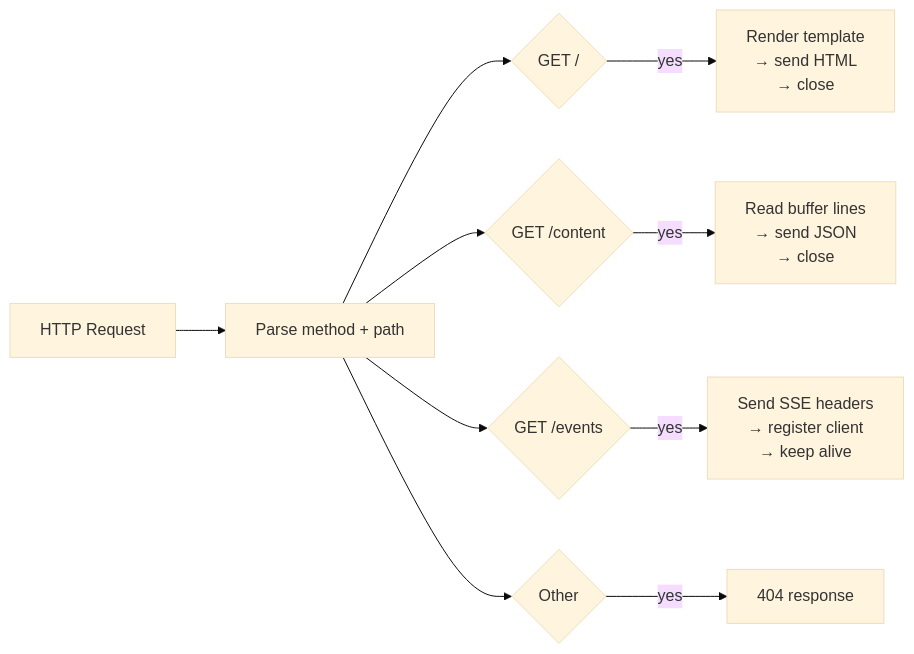
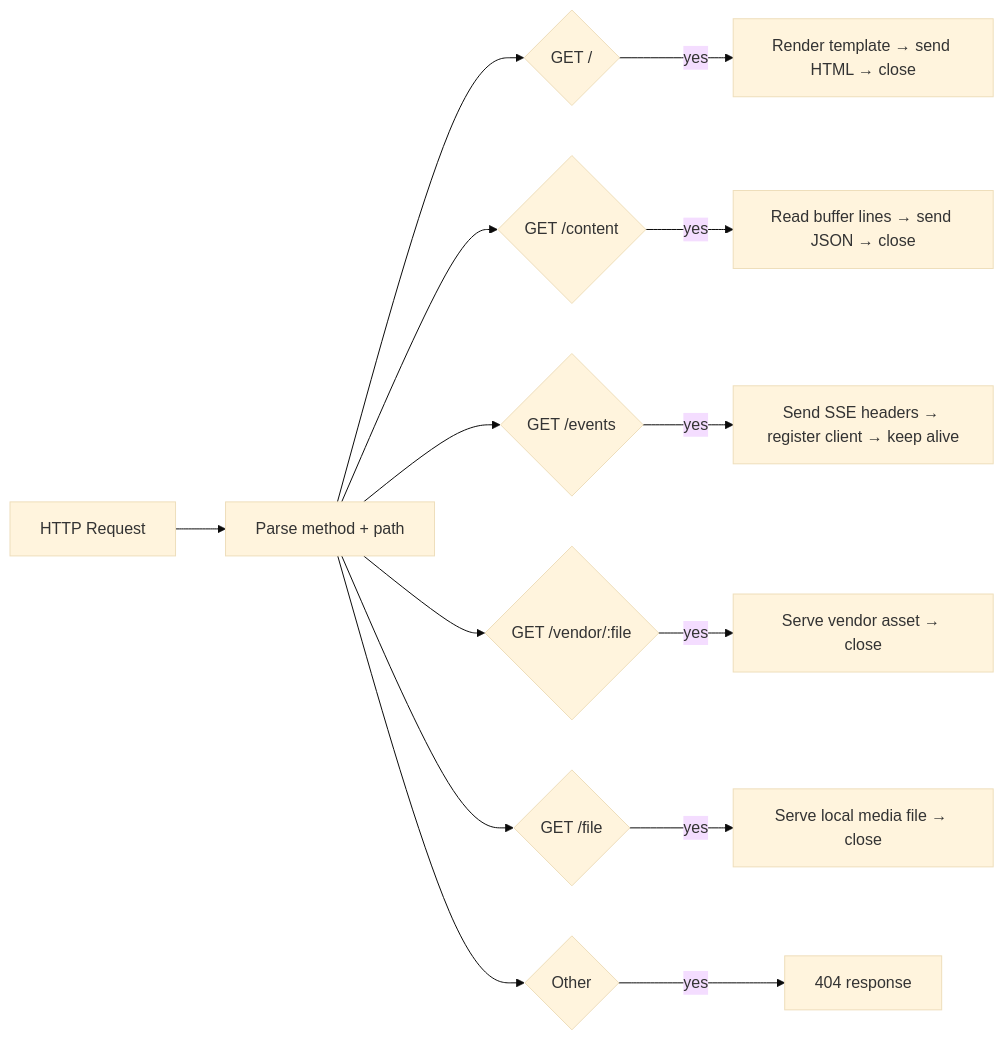
The ninth of 11 diagrams in docs/ARCHITECTURE.md (kcayme/md-view.nvim), drawn with Mermaid (base theme) before and after one commit. The commit also changed other lines of this file and 1 other file, not shown here.

Commit message:
docs: update documentation for architecture and modules

````diff
--- a/docs/ARCHITECTURE.md
+++ b/docs/ARCHITECTURE.md
@@ -201,13 +289,17 @@
 ```mermaid
 flowchart LR
     req["HTTP Request"] --> parse["Parse method + path"]
     parse --> get_root{"GET /"}
     parse --> get_content{"GET /content"}
     parse --> get_events{"GET /events"}
+    parse --> get_vendor{"GET /vendor/:file"}
+    parse --> get_file{"GET /file"}
     parse --> other{"Other"}
 
-    get_root -->|yes| html["Render template<br/>→ send HTML<br/>→ close"]
-    get_content -->|yes| json["Read buffer lines<br/>→ send JSON<br/>→ close"]
-    get_events -->|yes| sse["Send SSE headers<br/>→ register client<br/>→ keep alive"]
-    other -->|yes| notfound["404 response"]
+    get_root    -->|yes| html["Render template → send HTML → close"]
+    get_content -->|yes| json["Read buffer lines → send JSON → close"]
+    get_events  -->|yes| sse["Send SSE headers → register client → keep alive"]
+    get_vendor  -->|yes| vendor["Serve vendor asset → close"]
+    get_file    -->|yes| media["Serve local media file → close"]
+    other       -->|yes| notfound["404 response"]
 ```
````
